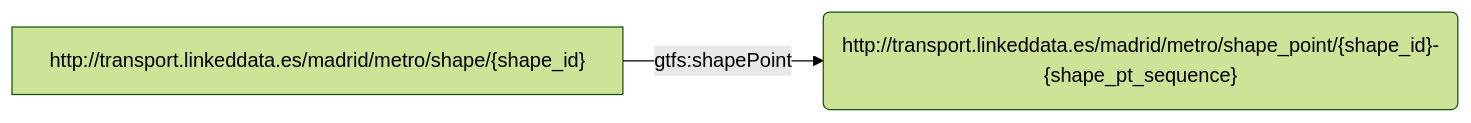
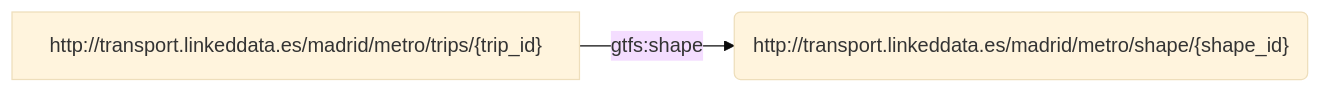
One commit to oeg-upm/rmldoc changed the seventh of 25 diagrams in example/example.md. Above: the diagram before and after it, drawn with Mermaid. The commit also changed other lines of this file and 2 other files, not shown here.

````diff
--- a/example/example.md
+++ b/example/example.md
@@ -186,7 +169,7 @@
 ```mermaid
-%%{ init : { "theme" : "forest", "flowchart" : { "curve" : "linear" }}}%%
+%%{ init : { "theme" : "base", "flowchart" : { "curve" : "linear" }}}%%
 
 flowchart LR
-S1["http://transport.linkeddata.es/madrid/metro/shape/{shape_id}"] -->|"gtfs:shapePoint"| object1("http://transport.linkeddata.es/madrid/metro/shape_point/{shape_id}-{shape_pt_sequence}")
+S4["http://transport.linkeddata.es/madrid/metro/trips/{trip_id}"] -->|"gtfs:shape"| object4("http://transport.linkeddata.es/madrid/metro/shape/{shape_id}")
 
 ``` 
````
